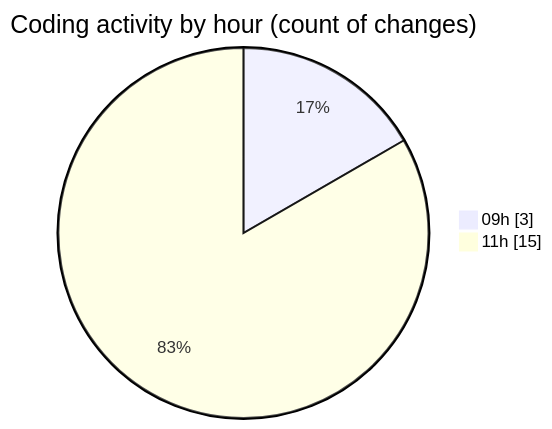
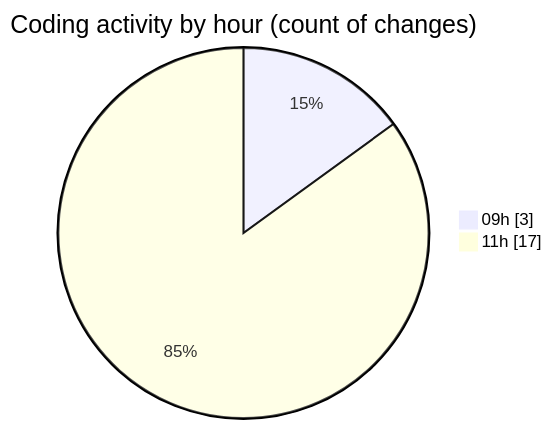
The second of 2 diagrams in 2025-10-15/eventscop-api-guide__workspace_/README.md (julien-gomy/code-tracking), drawn with Mermaid before and after one commit. The commit also changed other lines of this file and 1 other file, not shown here.

````diff
--- a/2025-10-15/eventscop-api-guide__workspace_/README.md
+++ b/2025-10-15/eventscop-api-guide__workspace_/README.md
@@ -31,6 +31,6 @@
 ```mermaid
 pie showData
 title Coding activity by hour (count of changes)
 "09h" : 3
-"11h" : 15
+"11h" : 17
 ```
````
